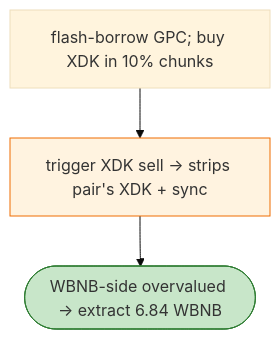
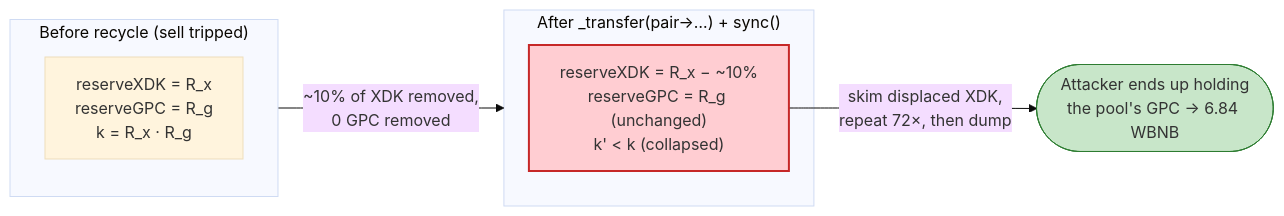
One commit to sanbir/evm-hack-registry changed the fourth of 4 diagrams in 2026-02-XDKRecycle_exp/XDKRecycle_exp.md. Above: the diagram before and after it, drawn with Mermaid (base theme). The commit also changed other lines of this file and 32 other files, not shown here.

````diff
--- a/2026-02-XDKRecycle_exp/XDKRecycle_exp.md
+++ b/2026-02-XDKRecycle_exp/XDKRecycle_exp.md
@@ -37,8 +376,14 @@
 ```mermaid
-flowchart TD
-    FL["flash-borrow GPC; buy XDK in 10% chunks"] --> SELL["trigger XDK sell → strips pair's XDK + sync"]
-    SELL --> OUT(["WBNB-side overvalued → extract 6.84 WBNB"])
+flowchart LR
+    subgraph Before["Before recycle (sell tripped)"]
+        B["reserveXDK = R_x<br/>reserveGPC = R_g<br/>k = R_x · R_g"]
+    end
+    subgraph After["After _transfer(pair→…) + sync()"]
+        Aa["reserveXDK = R_x − ~10%<br/>reserveGPC = R_g (unchanged)<br/>k' < k (collapsed)"]
+    end
+    Before -->|"~10% of XDK removed,<br/>0 GPC removed"| After
+    Aa -->|"skim displaced XDK,<br/>repeat 72×, then dump"| Drain(["Attacker ends up holding<br/>the pool's GPC → 6.84 WBNB"])
 
-    style SELL fill:#fff3e0,stroke:#ef6c00
-    style OUT fill:#c8e6c9,stroke:#2e7d32
+    style Aa fill:#ffcdd2,stroke:#c62828,stroke-width:2px
+    style Drain fill:#c8e6c9,stroke:#2e7d32
 ```
````
